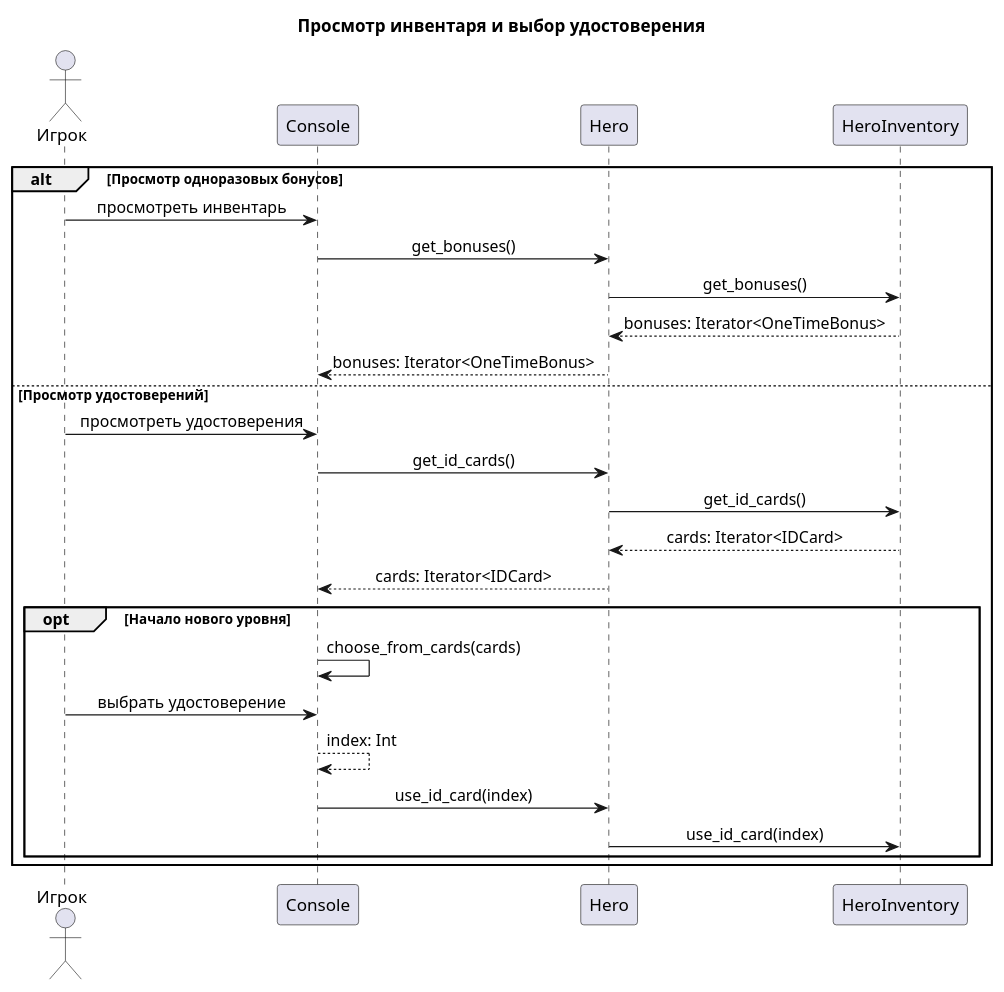
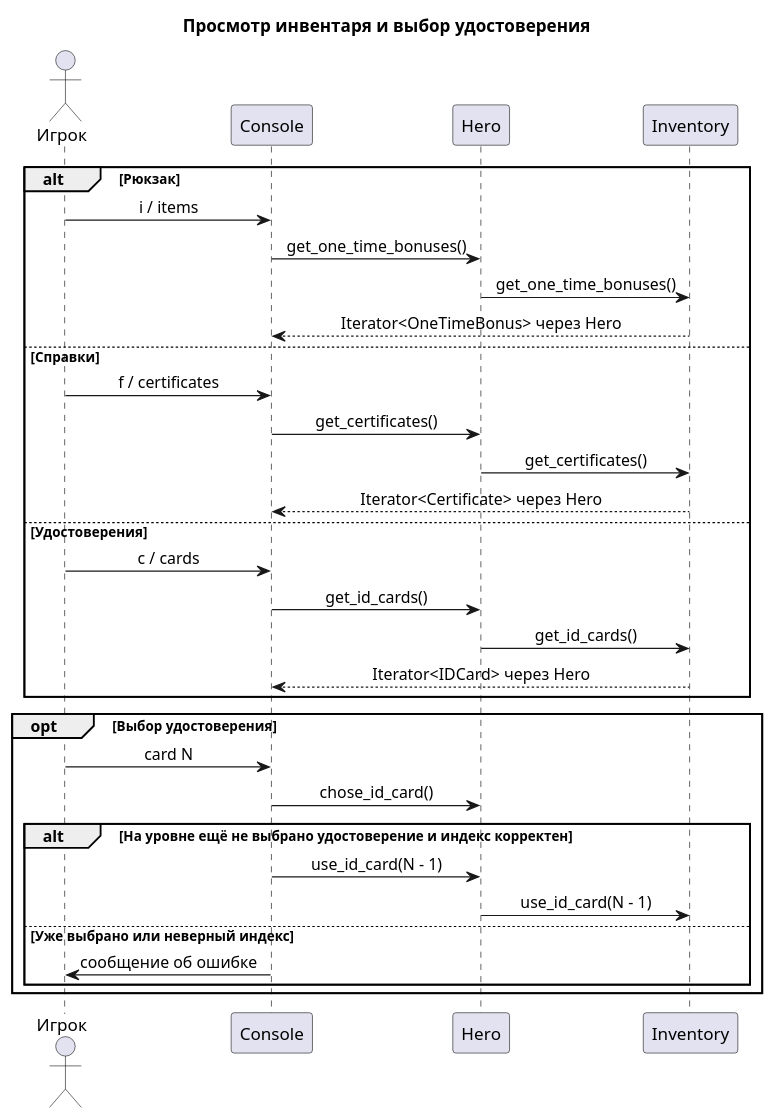
One commit to ISArchitec/Roguelike changed the diagram in docs/diagrams/sequence/sequence_inventory.plantuml. Above: the diagram before and after it, drawn with PlantUML. The commit also changed 18 other files, not shown here.

```diff
--- a/docs/diagrams/sequence/sequence_inventory.plantuml
+++ b/docs/diagrams/sequence/sequence_inventory.plantuml
@@ -1,34 +1,39 @@
 @startuml
 skinparam shadowing false
 skinparam sequenceParticipant roundCorner 0
 skinparam sequenceLifeLineBorderColor black
 skinparam sequenceLifeLineBackgroundColor white
 skinparam sequenceMessageAlign center
 title Просмотр инвентаря и выбор удостоверения
 
 actor Игрок as Player
 participant Console
 participant Hero
-participant HeroInventory as Inventory
-
-alt Просмотр одноразовых бонусов
-    Player -> Console: просмотреть инвентарь
-    Console -> Hero: get_bonuses()
-    Hero -> Inventory: get_bonuses()
-    Inventory --> Hero: bonuses: Iterator<OneTimeBonus>
-    Hero --> Console: bonuses: Iterator<OneTimeBonus>
-else Просмотр удостоверений
-    Player -> Console: просмотреть удостоверения
+participant Inventory
+alt Рюкзак
+    Player -> Console: i / items
+    Console -> Hero: get_one_time_bonuses()
+    Hero -> Inventory: get_one_time_bonuses()
+    Inventory --> Console: Iterator<OneTimeBonus> через Hero
+else Справки
+    Player -> Console: f / certificates
+    Console -> Hero: get_certificates()
+    Hero -> Inventory: get_certificates()
+    Inventory --> Console: Iterator<Certificate> через Hero
+else Удостоверения
+    Player -> Console: c / cards
     Console -> Hero: get_id_cards()
     Hero -> Inventory: get_id_cards()
-    Inventory --> Hero: cards: Iterator<IDCard>
-    Hero --> Console: cards: Iterator<IDCard>
-    opt Начало нового уровня
-        Console -> Console: choose_from_cards(cards)
-        Player -> Console: выбрать удостоверение
-        Console --> Console: index: Int
-        Console -> Hero: use_id_card(index)
-        Hero -> Inventory: use_id_card(index)
+    Inventory --> Console: Iterator<IDCard> через Hero
+end
+opt Выбор удостоверения
+    Player -> Console: card N
+    Console -> Hero: chose_id_card()
+    alt На уровне ещё не выбрано удостоверение и индекс корректен
+        Console -> Hero: use_id_card(N - 1)
+        Hero -> Inventory: use_id_card(N - 1)
+    else Уже выбрано или неверный индекс
+        Console -> Player: сообщение об ошибке
     end
 end
 @enduml
```
